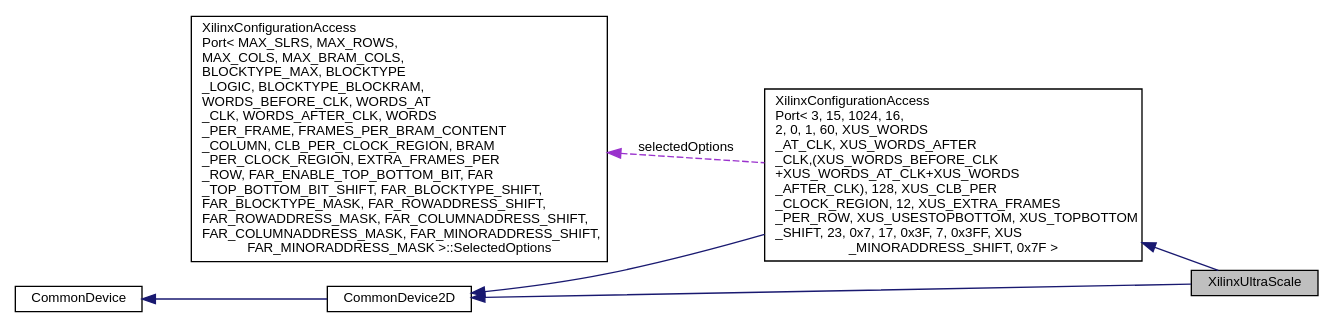
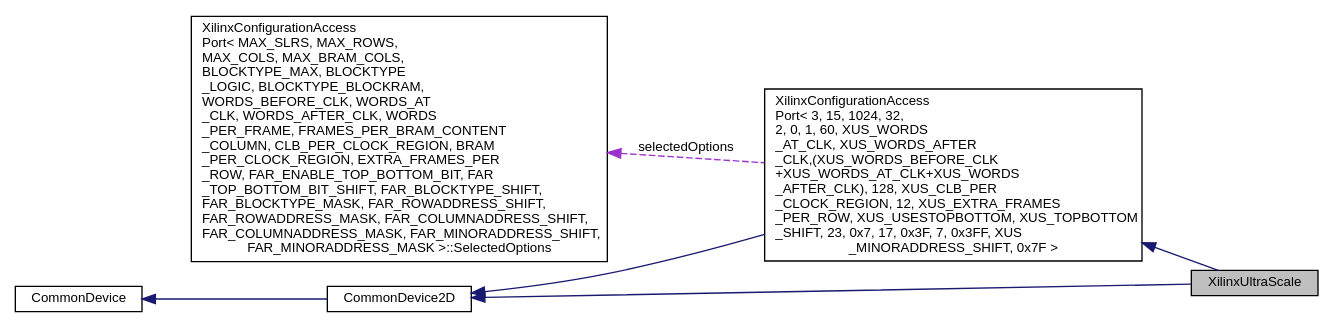
One commit to FPGA-Research-Manchester/byteman changed the diagram in classXilinxUltraScale__coll__graph.dot. Above: the diagram before and after it, drawn with Graphviz. The commit also changed 338 other files, not shown here.

```diff
--- a/classXilinxUltraScale__coll__graph.dot
+++ b/classXilinxUltraScale__coll__graph.dot
@@ -1,18 +1,18 @@
 digraph "XilinxUltraScale"
 {
  // INTERACTIVE_SVG=YES
  // LATEX_PDF_SIZE
   edge [fontname="Helvetica",fontsize="10",labelfontname="Helvetica",labelfontsize="10"];
   node [fontname="Helvetica",fontsize="10",shape=record];
   rankdir="LR";
   Node1 [label="XilinxUltraScale",height=0.2,width=0.4,color="black", fillcolor="grey75", style="filled", fontcolor="black",tooltip=" "];
   Node2 -> Node1 [dir="back",color="midnightblue",fontsize="10",style="solid",fontname="Helvetica"];
   Node2 [label="CommonDevice2D",height=0.2,width=0.4,color="black", fillcolor="white", style="filled",URL="$classCommonDevice2D.html",tooltip=" "];
   Node3 -> Node2 [dir="back",color="midnightblue",fontsize="10",style="solid",fontname="Helvetica"];
   Node3 [label="CommonDevice",height=0.2,width=0.4,color="black", fillcolor="white", style="filled",URL="$classCommonDevice.html",tooltip=" "];
   Node4 -> Node1 [dir="back",color="midnightblue",fontsize="10",style="solid",fontname="Helvetica"];
-  Node4 [label="XilinxConfigurationAccess\lPort\< 3, 15, 1024, 16,\l 2, 0, 1, 60, XUS_WORDS\l_AT_CLK, XUS_WORDS_AFTER\l_CLK,(XUS_WORDS_BEFORE_CLK\l+XUS_WORDS_AT_CLK+XUS_WORDS\l_AFTER_CLK), 128, XUS_CLB_PER\l_CLOCK_REGION, 12, XUS_EXTRA_FRAMES\l_PER_ROW, XUS_USESTOPBOTTOM, XUS_TOPBOTTOM\l_SHIFT, 23, 0x7, 17, 0x3F, 7, 0x3FF, XUS\l_MINORADDRESS_SHIFT, 0x7F \>",height=0.2,width=0.4,color="black", fillcolor="white", style="filled",URL="$classXilinxConfigurationAccessPort.html",tooltip=" "];
+  Node4 [label="XilinxConfigurationAccess\lPort\< 3, 15, 1024, 32,\l 2, 0, 1, 60, XUS_WORDS\l_AT_CLK, XUS_WORDS_AFTER\l_CLK,(XUS_WORDS_BEFORE_CLK\l+XUS_WORDS_AT_CLK+XUS_WORDS\l_AFTER_CLK), 128, XUS_CLB_PER\l_CLOCK_REGION, 12, XUS_EXTRA_FRAMES\l_PER_ROW, XUS_USESTOPBOTTOM, XUS_TOPBOTTOM\l_SHIFT, 23, 0x7, 17, 0x3F, 7, 0x3FF, XUS\l_MINORADDRESS_SHIFT, 0x7F \>",height=0.2,width=0.4,color="black", fillcolor="white", style="filled",URL="$classXilinxConfigurationAccessPort.html",tooltip=" "];
   Node2 -> Node4 [dir="back",color="midnightblue",fontsize="10",style="solid",fontname="Helvetica"];
   Node5 -> Node4 [dir="back",color="darkorchid3",fontsize="10",style="dashed",label=" selectedOptions" ,fontname="Helvetica"];
   Node5 [label="XilinxConfigurationAccess\lPort\< MAX_SLRS, MAX_ROWS,\l MAX_COLS, MAX_BRAM_COLS,\l BLOCKTYPE_MAX, BLOCKTYPE\l_LOGIC, BLOCKTYPE_BLOCKRAM,\l WORDS_BEFORE_CLK, WORDS_AT\l_CLK, WORDS_AFTER_CLK, WORDS\l_PER_FRAME, FRAMES_PER_BRAM_CONTENT\l_COLUMN, CLB_PER_CLOCK_REGION, BRAM\l_PER_CLOCK_REGION, EXTRA_FRAMES_PER\l_ROW, FAR_ENABLE_TOP_BOTTOM_BIT, FAR\l_TOP_BOTTOM_BIT_SHIFT, FAR_BLOCKTYPE_SHIFT,\l FAR_BLOCKTYPE_MASK, FAR_ROWADDRESS_SHIFT,\l FAR_ROWADDRESS_MASK, FAR_COLUMNADDRESS_SHIFT,\l FAR_COLUMNADDRESS_MASK, FAR_MINORADDRESS_SHIFT,\l FAR_MINORADDRESS_MASK \>::SelectedOptions",height=0.2,width=0.4,color="black", fillcolor="white", style="filled",URL="$structXilinxConfigurationAccessPort_1_1SelectedOptions.html",tooltip=" "];
 }
```
